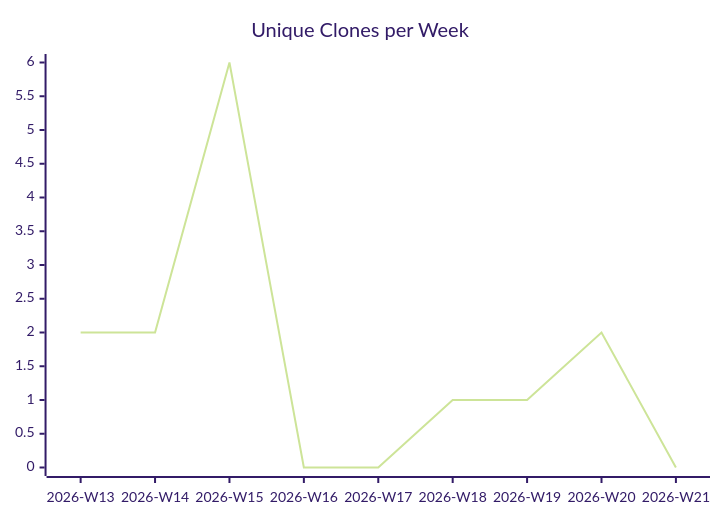
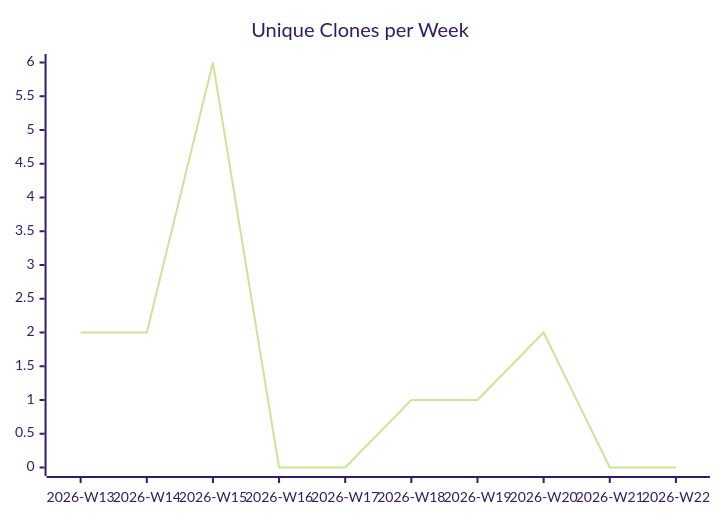
The third of 3 diagrams in karlmdavis/m2e-core-tests/README.md (justdavis-family/github-analytics-data), drawn with Mermaid (forest theme) before and after one commit. The commit also changed other lines of this file and 190 other files, not shown here.

````diff
--- a/karlmdavis/m2e-core-tests/README.md
+++ b/karlmdavis/m2e-core-tests/README.md
@@ -19,6 +19,6 @@
 ```mermaid
 xychart-beta
   title "Unique Clones per Week"
-  x-axis ["2026-W13", "2026-W14", "2026-W15", "2026-W16", "2026-W17", "2026-W18", "2026-W19", "2026-W20", "2026-W21"]
-  line [2, 2, 6, 0, 0, 1, 1, 2, 0]
+  x-axis ["2026-W13", "2026-W14", "2026-W15", "2026-W16", "2026-W17", "2026-W18", "2026-W19", "2026-W20", "2026-W21", "2026-W22"]
+  line [2, 2, 6, 0, 0, 1, 1, 2, 0, 0]
 ```
````
